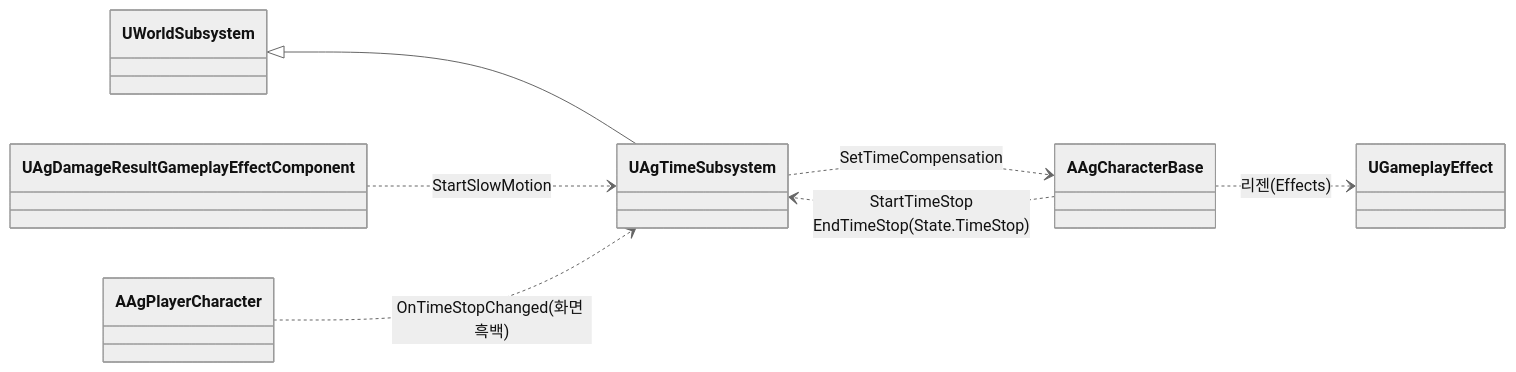
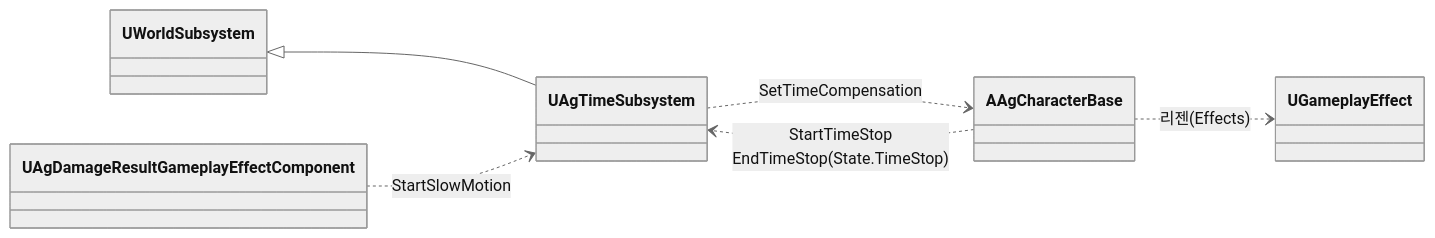
Before and after one commit to Woogl/Ag: the first of 2 diagrams in Docs/Program/전투 규칙.md, drawn with Mermaid (neutral theme). The commit also changed other lines of this file and 34 other files, not shown here.

````diff
--- a/Docs/Program/전투 규칙.md
+++ b/Docs/Program/전투 규칙.md
@@ -29,11 +28,10 @@
 ```mermaid
 classDiagram
     direction LR
     UWorldSubsystem <|-- UAgTimeSubsystem
 
     AAgCharacterBase ..> UGameplayEffect : 리젠(Effects)
     UAgDamageResultGameplayEffectComponent ..> UAgTimeSubsystem : StartSlowMotion
     AAgCharacterBase ..> UAgTimeSubsystem : StartTimeStop<br>EndTimeStop(State.TimeStop)
     UAgTimeSubsystem ..> AAgCharacterBase : SetTimeCompensation
-    AAgPlayerCharacter ..> UAgTimeSubsystem : OnTimeStopChanged(화면 흑백)
 ```
````
